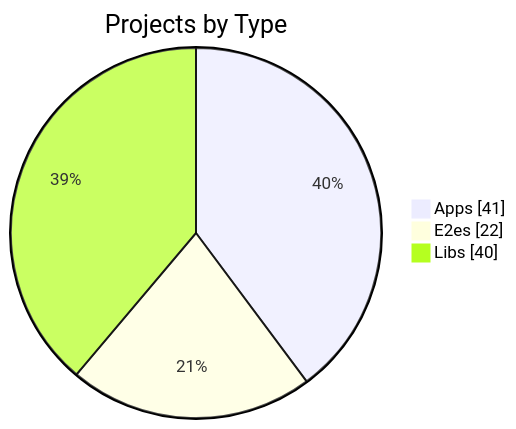
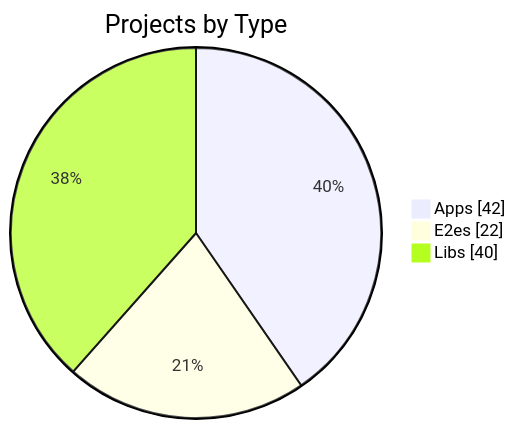
Before and after one commit to KBVE/kbve: the first of 3 diagrams in apps/kbve/astro-kbve/src/content/docs/dashboard/graph.mdx, drawn with Mermaid. The commit also changed other lines of this file and 8 other files, not shown here.

````diff
--- a/apps/kbve/astro-kbve/src/content/docs/dashboard/graph.mdx
+++ b/apps/kbve/astro-kbve/src/content/docs/dashboard/graph.mdx
@@ -56,7 +56,7 @@
 ```mermaid
 pie showData
     title Projects by Type
-    "Apps" : 41
+    "Apps" : 42
     "E2es" : 22
     "Libs" : 40
 ```
````
